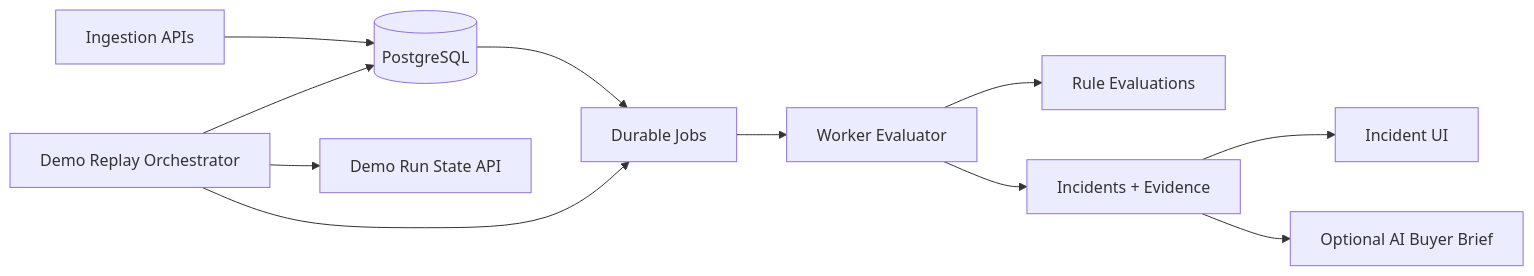
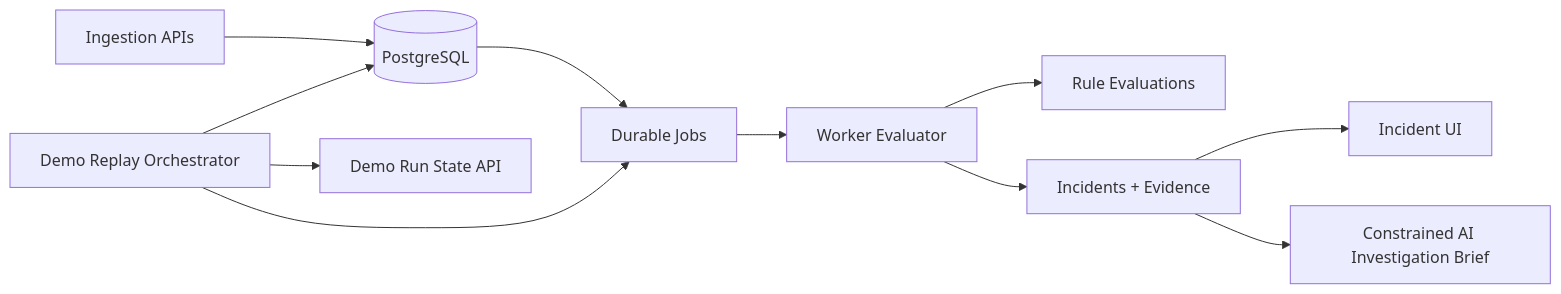
Before and after one commit to dev-dominick/catchdrift: the diagram in README.md, drawn with Mermaid. The commit also changed other lines of this file and 16 other files, not shown here.

Commit message:
Polish submission positioning and demo flow

````diff
--- a/README.md
+++ b/README.md
@@ -102,13 +109,13 @@
 ```mermaid
 flowchart LR
   A[Ingestion APIs] --> B[(PostgreSQL)]
   B --> C[Durable Jobs]
   C --> D[Worker Evaluator]
   D --> E[Rule Evaluations]
   D --> F[Incidents + Evidence]
   F --> G[Incident UI]
-  F --> H[Optional AI Buyer Brief]
+  F --> H[Constrained AI Investigation Brief]
   I[Demo Replay Orchestrator] --> B
   I --> C
   I --> J[Demo Run State API]
 ```
````
